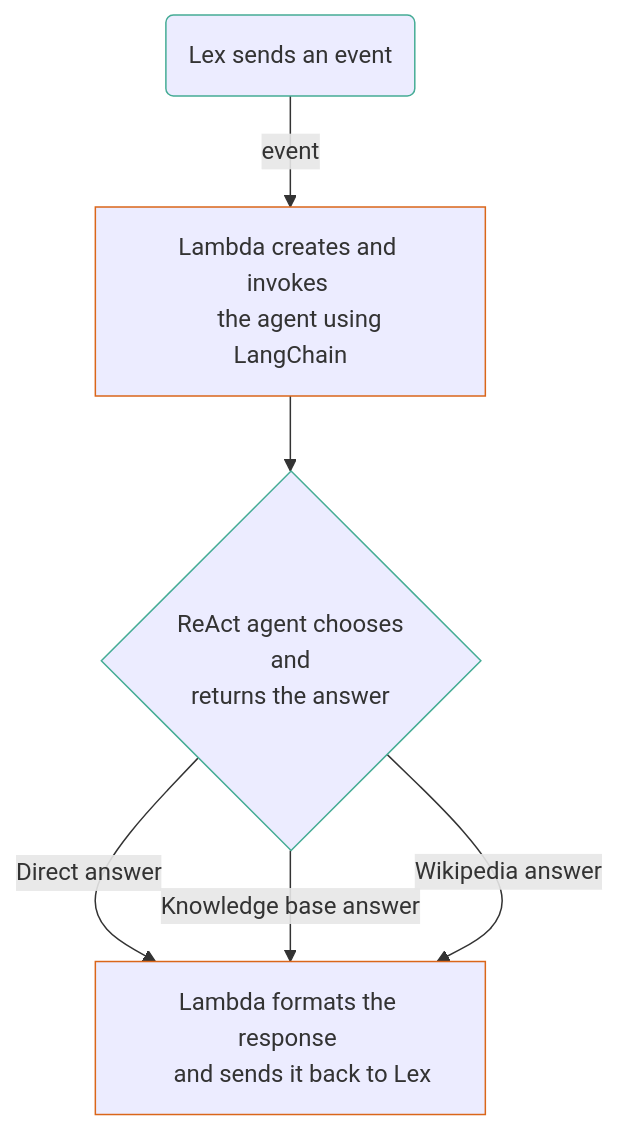
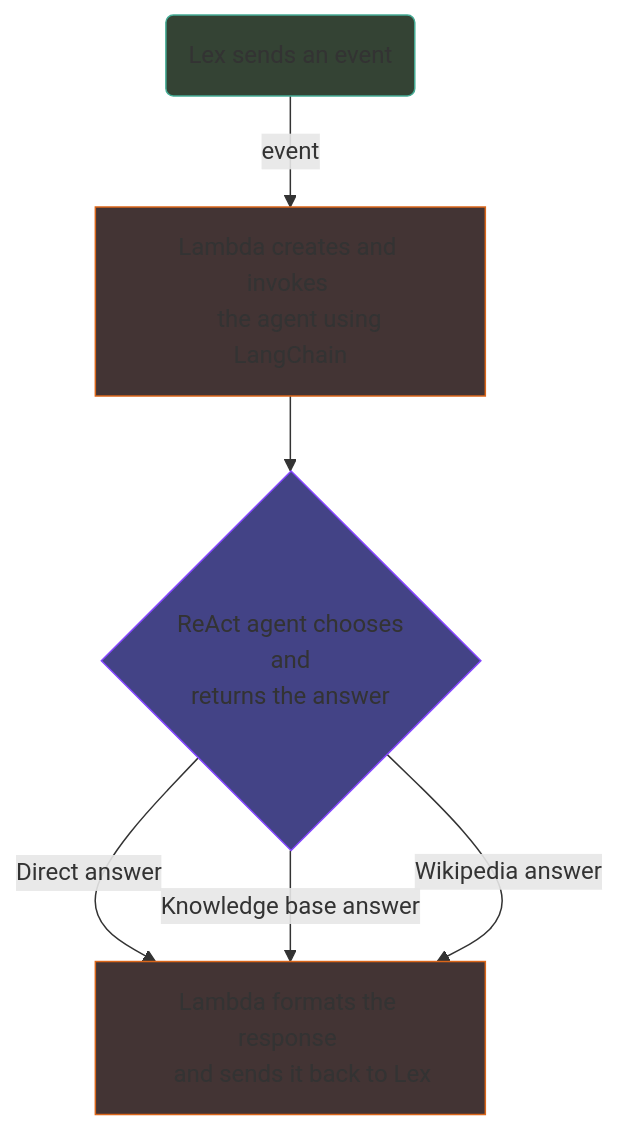
The diagram in README.md (565059/ai-chatbot-aws), drawn with Mermaid before and after one commit.

````diff
--- a/README.md
+++ b/README.md
@@ -80,17 +80,17 @@
 ```mermaid
 flowchart TD
     A(Lex sends an event) -->|event| B["Lambda creates and invokes 
     the agent using LangChain"]
     B --> C{"ReAct agent chooses
      and 
      returns the answer"}
     C -->|Direct answer| D["Lambda formats the response 
     and sends it back to Lex"]
     C -->|Knowledge base answer| D
     C -->|Wikipedia answer| D
 
-    style A stroke:#45AC95
-    style B stroke:#DA661A
-    style C stroke:#45AC95
-    style D stroke:#DA661A
+    style A stroke:#45AC95, fill:#344334
+    style B stroke:#DA661A, fill:#433434
+    style C stroke:#8546FF, fill:#434386
+    style D stroke:#DA661A, fill:#433434
 ```
````
